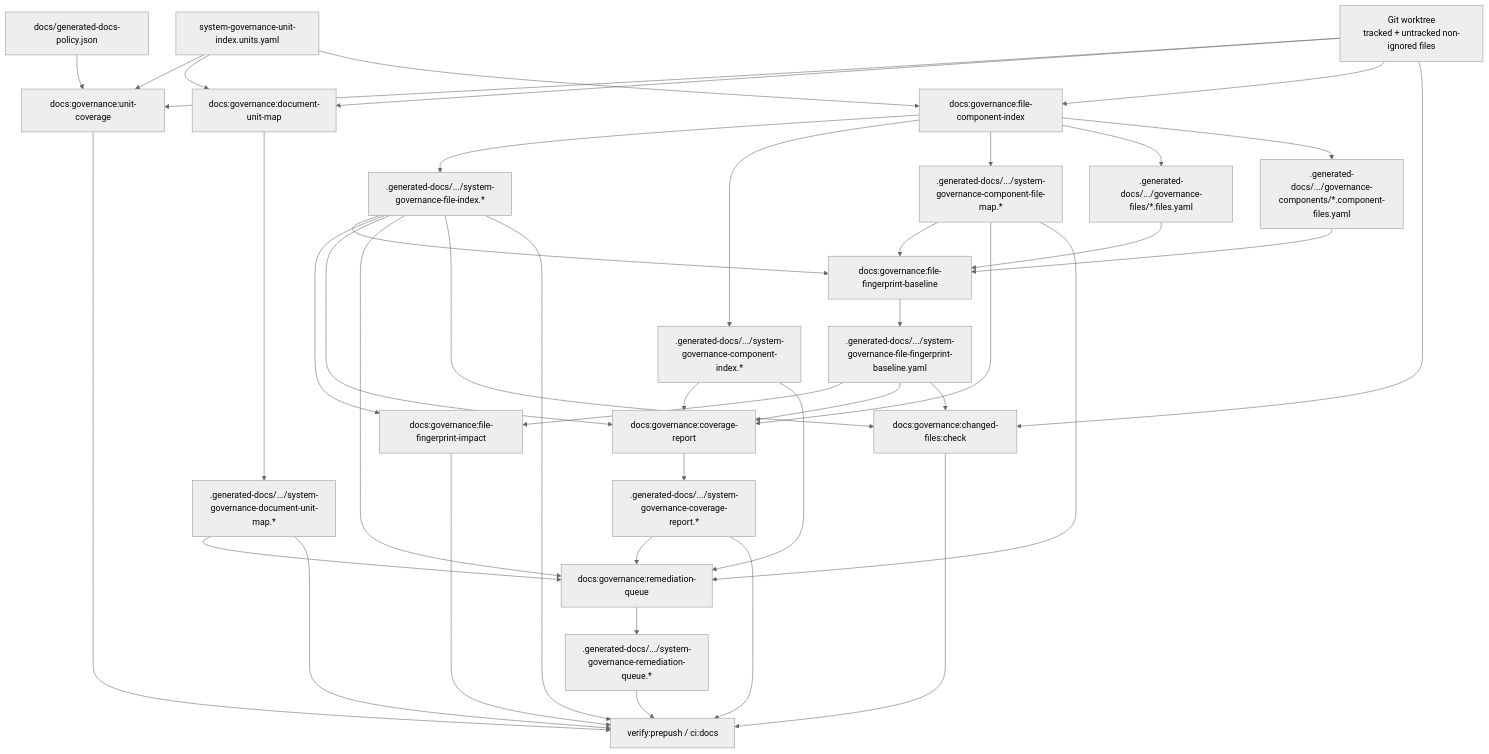
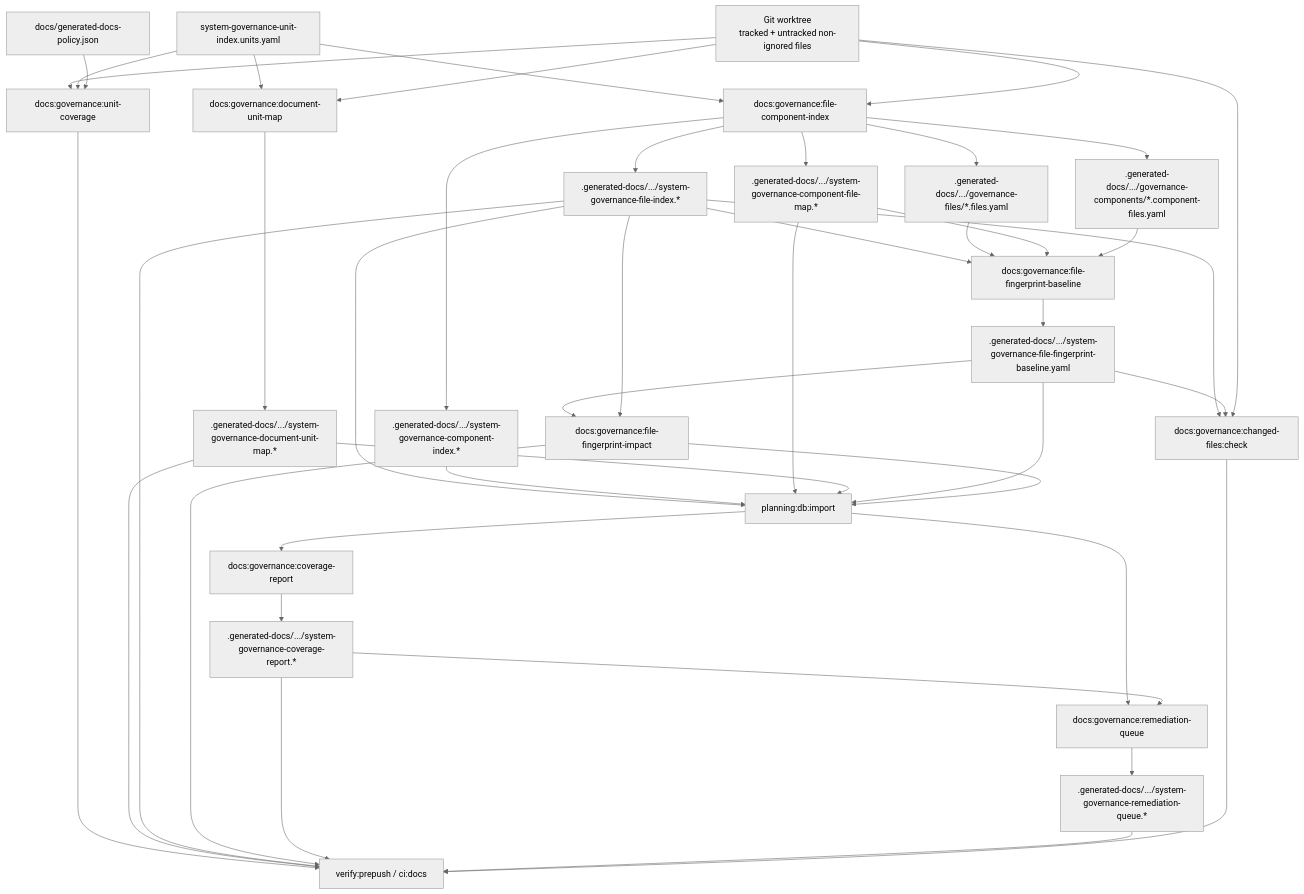
The diagram in docs/architecture/components/ci-governance/system-governance-generation-workflow-component.md (dunay2/dvt), drawn with Mermaid (neutral theme) before and after one commit. The commit also changed other lines of this file and 9 other files, not shown here.

````diff
--- a/docs/architecture/components/ci-governance/system-governance-generation-workflow-component.md
+++ b/docs/architecture/components/ci-governance/system-governance-generation-workflow-component.md
@@ -69,57 +72,57 @@
 ```mermaid
 flowchart TD
   Worktree["Git worktree\ntracked + untracked non-ignored files"]
   UnitManifest["system-governance-unit-index.units.yaml"]
   GeneratedPolicy["docs/generated-docs-policy.json"]
   UnitCoverage["docs:governance:unit-coverage"]
   DocumentMap["docs:governance:document-unit-map"]
   FileComponent["docs:governance:file-component-index"]
   Fingerprint["docs:governance:file-fingerprint-baseline"]
   FingerprintImpact["docs:governance:file-fingerprint-impact"]
   Coverage["docs:governance:coverage-report"]
   Remediation["docs:governance:remediation-queue"]
   ChangedFiles["docs:governance:changed-files:check"]
   Prepush["verify:prepush / ci:docs"]
 
   Worktree --> UnitCoverage
   UnitManifest --> UnitCoverage
   GeneratedPolicy --> UnitCoverage
   UnitManifest --> DocumentMap
   Worktree --> DocumentMap
   UnitManifest --> FileComponent
   Worktree --> FileComponent
   FileComponent --> FileIndex[".generated-docs/.../system-governance-file-index.*"]
   FileComponent --> ComponentIndex[".generated-docs/.../system-governance-component-index.*"]
   FileComponent --> ComponentMap[".generated-docs/.../system-governance-component-file-map.*"]
   FileComponent --> FileShards[".generated-docs/.../governance-files/*.files.yaml"]
   FileComponent --> ComponentShards[".generated-docs/.../governance-components/*.component-files.yaml"]
   DocumentMap --> DocumentMapOutputs[".generated-docs/.../system-governance-document-unit-map.*"]
   FileIndex --> Fingerprint
   FileShards --> Fingerprint
   ComponentMap --> Fingerprint
   ComponentShards --> Fingerprint
   Fingerprint --> FingerprintBaseline[".generated-docs/.../system-governance-file-fingerprint-baseline.yaml"]
   FingerprintBaseline --> FingerprintImpact
   FileIndex --> FingerprintImpact
-  FileIndex --> Coverage
-  ComponentIndex --> Coverage
-  ComponentMap --> Coverage
-  FingerprintBaseline --> Coverage
+  FileIndex --> Import["planning:db:import"]
+  ComponentIndex --> Import
+  ComponentMap --> Import
+  DocumentMapOutputs --> Import
+  FingerprintBaseline --> Import
+  FingerprintImpact --> Import
+  Import --> Coverage
   Coverage --> CoverageOutputs[".generated-docs/.../system-governance-coverage-report.*"]
+  Import --> Remediation
   CoverageOutputs --> Remediation
-  FileIndex --> Remediation
-  ComponentIndex --> Remediation
-  ComponentMap --> Remediation
-  DocumentMapOutputs --> Remediation
   Remediation --> RemediationOutputs[".generated-docs/.../system-governance-remediation-queue.*"]
   FileIndex --> ChangedFiles
   FingerprintBaseline --> ChangedFiles
   Worktree --> ChangedFiles
   UnitCoverage --> Prepush
   DocumentMapOutputs --> Prepush
   FileIndex --> Prepush
   FingerprintImpact --> Prepush
   CoverageOutputs --> Prepush
   RemediationOutputs --> Prepush
   ChangedFiles --> Prepush
 ```
````
